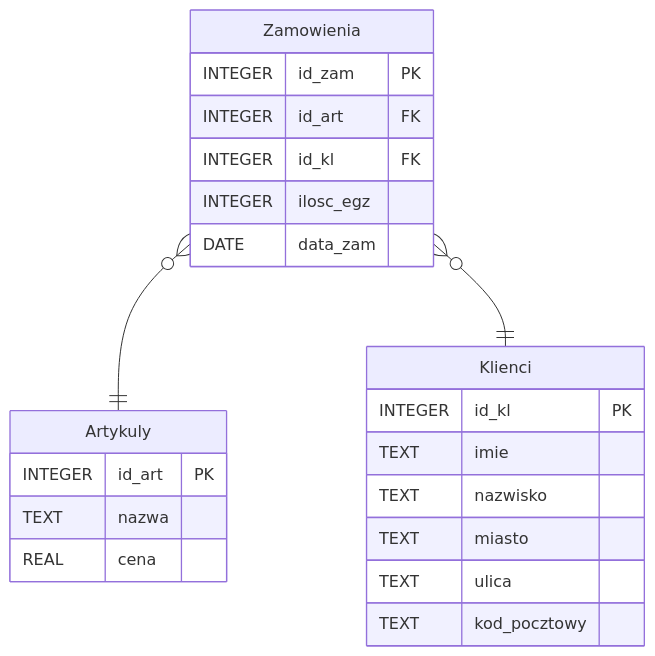
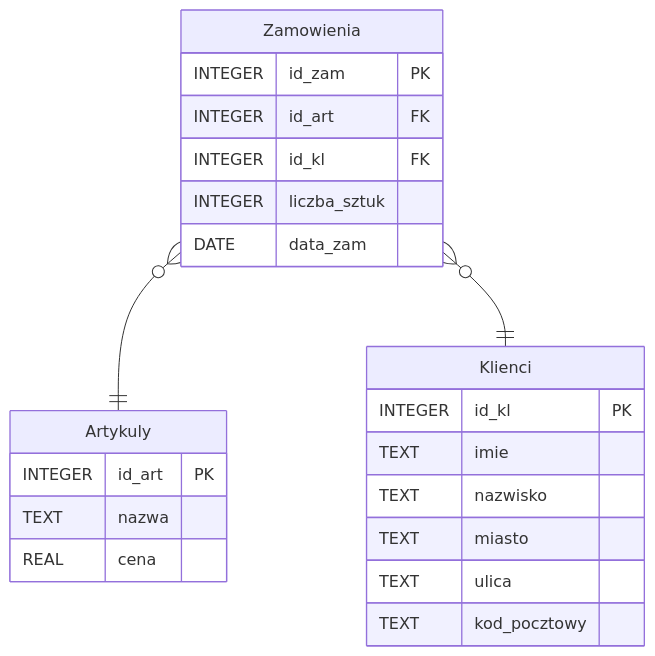
Before and after one commit to blackbat13/cs-htiew-gitbook: the diagram in matura-z-informatyki/przygotowanie/sql/shop/README.md, drawn with Mermaid. The commit also changed other lines of this file and 2 other files, not shown here.

````diff
--- a/matura-z-informatyki/przygotowanie/sql/shop/README.md
+++ b/matura-z-informatyki/przygotowanie/sql/shop/README.md
@@ -5,25 +5,25 @@
 ```mermaid
 erDiagram
     Zamowienia }o--|| Artykuly : ""
     Zamowienia }o--|| Klienci : ""
     Artykuly {
         INTEGER id_art PK
         TEXT nazwa
         REAL cena
     }
     Klienci {
         INTEGER id_kl PK
         TEXT imie
         TEXT nazwisko
         TEXT miasto
         TEXT ulica
         TEXT kod_pocztowy
     }
     Zamowienia {
         INTEGER id_zam PK
         INTEGER id_art FK
         INTEGER id_kl FK
-        INTEGER ilosc_egz
+        INTEGER liczba_sztuk
         DATE data_zam
     }
 ```
````
